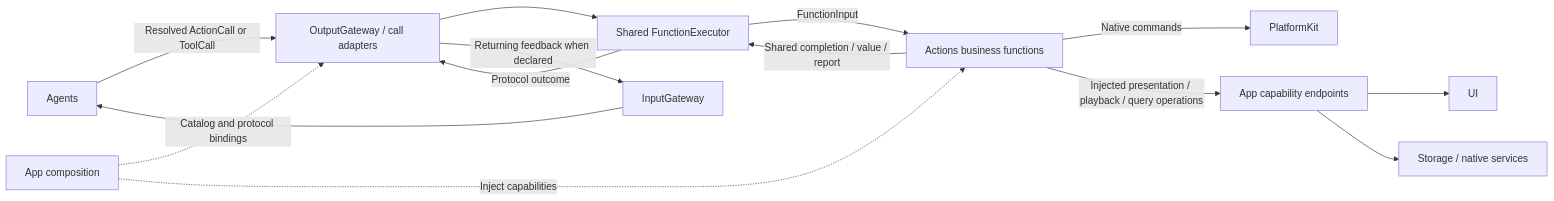
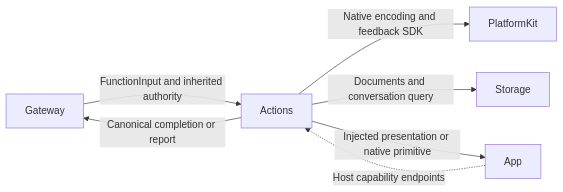
One commit to devilyouwei/MobileHarness changed the first of 2 diagrams in MobileHarness/Actions/README.md. Above: the diagram before and after it, drawn with Mermaid. The commit also changed other lines of this file and 116 other files, not shown here.

````diff
--- a/MobileHarness/Actions/README.md
+++ b/MobileHarness/Actions/README.md
@@ -11,16 +15,9 @@
 ```mermaid
 flowchart LR
-    Agents -->|Resolved ActionCall or ToolCall| Gateway[OutputGateway / call adapters]
-    App[App composition] -.->|Catalog and protocol bindings| Gateway
-    App -.->|Inject capabilities| Functions[Actions business functions]
-    Gateway --> Executor[Shared FunctionExecutor]
-    Executor -->|FunctionInput| Functions
-    Functions -->|Native commands| PlatformKit
-    Functions -->|Injected presentation / playback / query operations| Endpoints[App capability endpoints]
-    Endpoints --> UI
-    Endpoints --> Storage[Storage / native services]
-    Functions -->|Shared completion / value / report| Executor
-    Executor -->|Protocol outcome| Gateway
-    Gateway -->|Returning feedback when declared| Input[InputGateway]
-    Input --> Agents
+ Gateway -->|FunctionInput and inherited authority| Actions
+ App -.->|Host capability endpoints| Actions
+ Actions -->|Native encoding and feedback SDK| PlatformKit
+ Actions -->|Documents and conversation query| Storage
+ Actions -->|Injected presentation or native primitive| App
+ Actions -->|Canonical completion or report| Gateway
 ```
````
